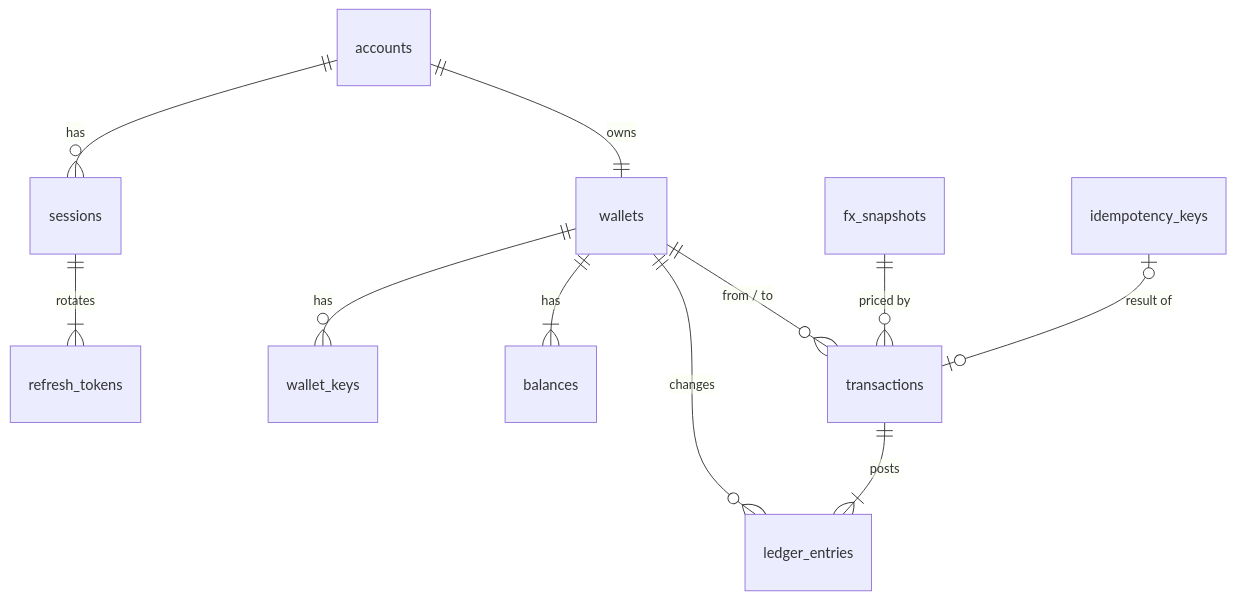
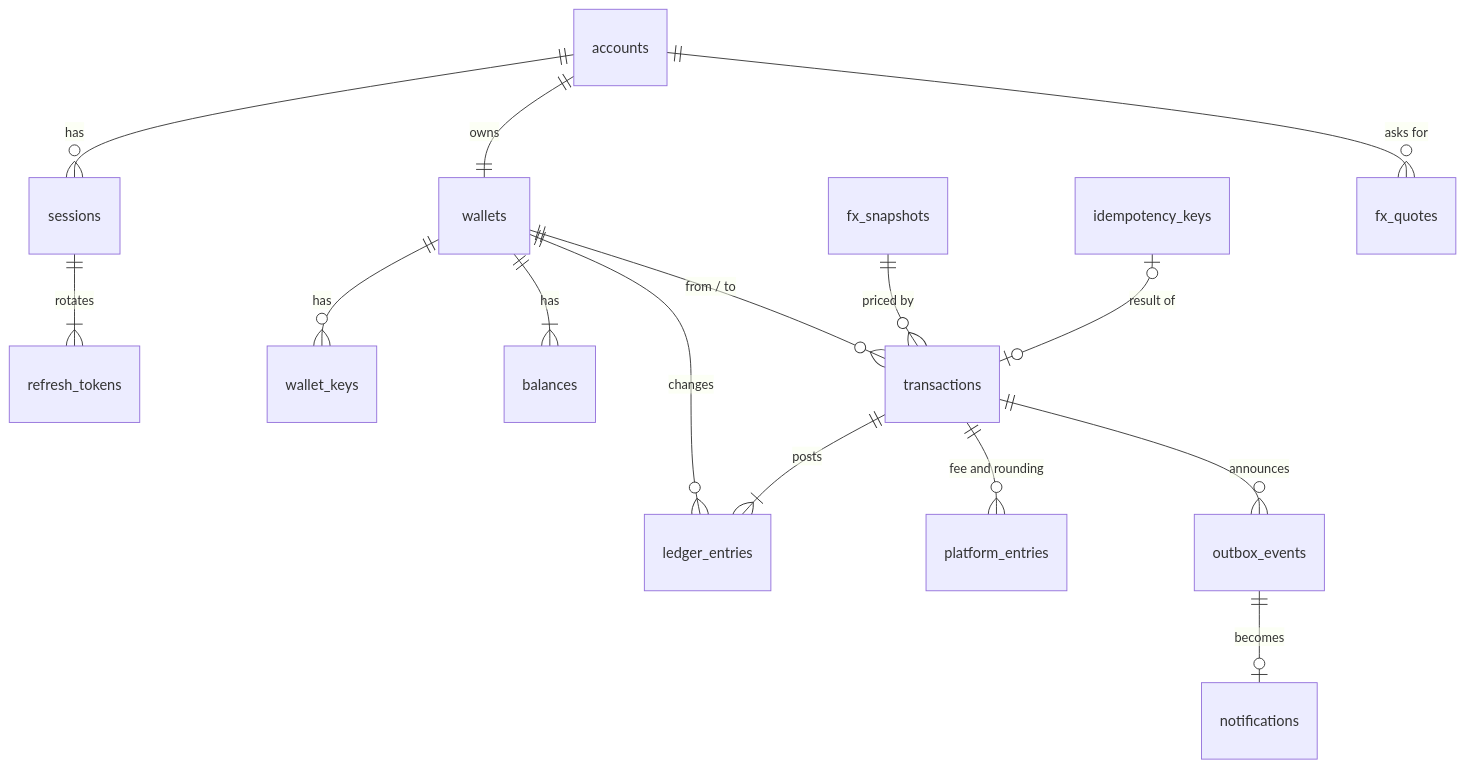
Before and after one commit to nobledeveloper01/operation-borderless: the diagram in README.md, drawn with Mermaid. The commit also changed other lines of this file and 5 other files, not shown here.

````diff
--- a/README.md
+++ b/README.md
@@ -422,13 +427,17 @@
 ```mermaid
 erDiagram
   accounts ||--|| wallets : owns
   accounts ||--o{ sessions : has
   sessions ||--|{ refresh_tokens : rotates
   wallets ||--o{ wallet_keys : has
   wallets ||--|{ balances : has
   wallets ||--o{ ledger_entries : "changes"
   transactions ||--|{ ledger_entries : "posts"
   wallets ||--o{ transactions : "from / to"
   fx_snapshots ||--o{ transactions : "priced by"
   idempotency_keys |o--o| transactions : "result of"
+  transactions ||--o{ platform_entries : "fee and rounding"
+  accounts ||--o{ fx_quotes : "asks for"
+  transactions ||--o{ outbox_events : "announces"
+  outbox_events ||--o| notifications : "becomes"
 ```
````
